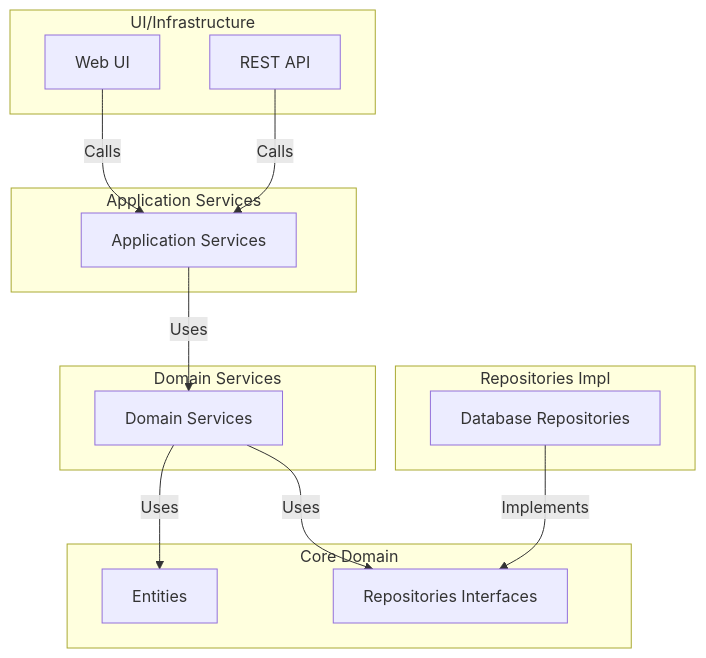
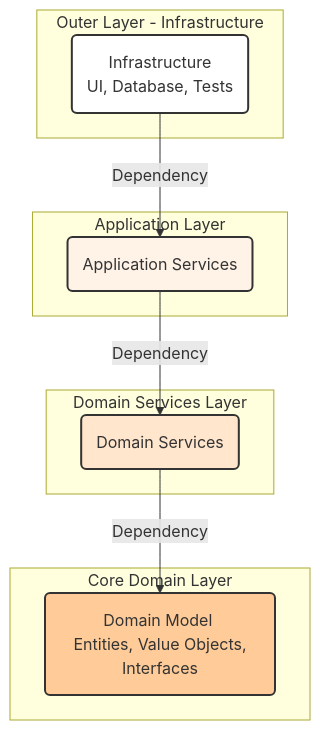
The diagram in software-architecture/architectural-patterns/onion.md (bmeurant/technical-docs), drawn with Mermaid before and after one commit. The commit also changed other lines of this file and 35 other files, not shown here.

Commit message:
docs(software-architecture): various fixes

````diff
--- a/software-architecture/architectural-patterns/onion.md
+++ b/software-architecture/architectural-patterns/onion.md
@@ -22,31 +22,24 @@
 ```mermaid
 graph TD
-    subgraph UI/Infrastructure
-        A[Web UI]
-        B[REST API]
+    subgraph Outer Layer - Infrastructure
+        D(Infrastructure <br> UI, Database, Tests)
+    end
+    subgraph Application Layer
+        C(Application Services)
+    end
+    subgraph Domain Services Layer
+        B(Domain Services)
+    end
+    subgraph Core Domain Layer
+        A(Domain Model <br> Entities, Value Objects, Interfaces)
     end
 
-    subgraph Application Services
-        C[Application Services]
-    end
+    D -- "Dependency" --> C
+    C -- "Dependency" --> B
+    B -- "Dependency" --> A
 
-    subgraph Domain Services
-        D[Domain Services]
-    end
-
-    subgraph Core Domain
-        E[Entities]
-        F[Repositories Interfaces]
-    end
-
-    subgraph Repositories Impl
-        G[Database Repositories]
-    end
-
-    A -- "Calls" --> C
-    B -- "Calls" --> C
-    C -- "Uses" --> D
-    D -- "Uses" --> E
-    D -- "Uses" --> F
-    G -- "Implements" --> F
+    style A fill:#ffcc99,stroke:#333,stroke-width:2px
+    style B fill:#ffe6cc,stroke:#333,stroke-width:2px
+    style C fill:#fff2e6,stroke:#333,stroke-width:2px
+    style D fill:#ffffff,stroke:#333,stroke-width:2px
 ```
````
